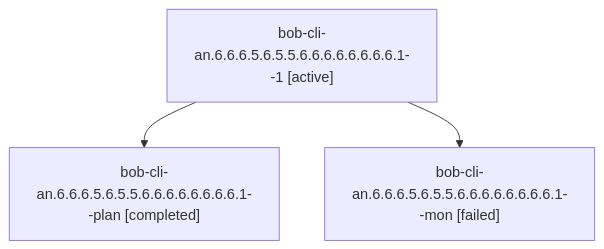
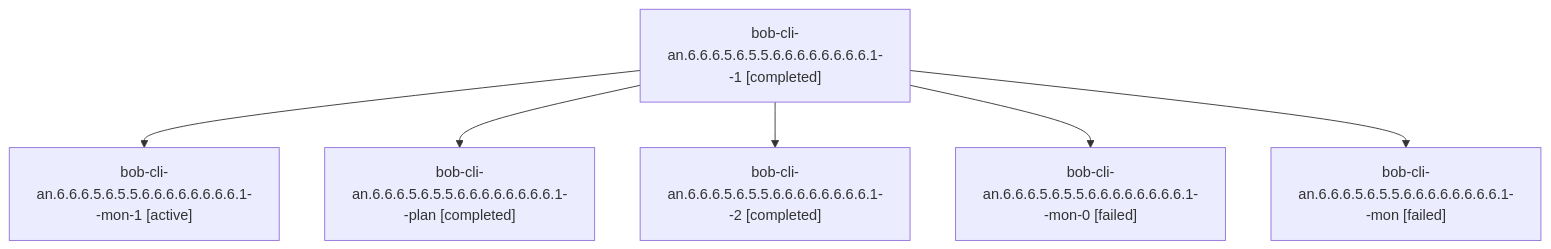
Before and after one commit to bobs-org/bob-cli--agents: the diagram in sessions/bbugyi200.athena.bob-cli-an.6.6.6.5.6.5.5.6.6.6.6.6.6.6.6.1.md, drawn with Mermaid. The commit also changed other lines of this file and 242 other files, not shown here.

````diff
--- a/sessions/bbugyi200.athena.bob-cli-an.6.6.6.5.6.5.5.6.6.6.6.6.6.6.6.1.md
+++ b/sessions/bbugyi200.athena.bob-cli-an.6.6.6.5.6.5.5.6.6.6.6.6.6.6.6.1.md
@@ -9,8 +9,14 @@
 ```mermaid
 flowchart TD
-  n0["bob-cli-an.6.6.6.5.6.5.5.6.6.6.6.6.6.6.6.1--1 [active]"]
-  n1["bob-cli-an.6.6.6.5.6.5.5.6.6.6.6.6.6.6.6.1--plan [completed]"]
+  n0["bob-cli-an.6.6.6.5.6.5.5.6.6.6.6.6.6.6.6.1--1 [completed]"]
+  n1["bob-cli-an.6.6.6.5.6.5.5.6.6.6.6.6.6.6.6.1--mon-1 [active]"]
   n0 --> n1
-  n2["bob-cli-an.6.6.6.5.6.5.5.6.6.6.6.6.6.6.6.1--mon [failed]"]
+  n2["bob-cli-an.6.6.6.5.6.5.5.6.6.6.6.6.6.6.6.1--plan [completed]"]
   n0 --> n2
+  n3["bob-cli-an.6.6.6.5.6.5.5.6.6.6.6.6.6.6.6.1--2 [completed]"]
+  n0 --> n3
+  n4["bob-cli-an.6.6.6.5.6.5.5.6.6.6.6.6.6.6.6.1--mon-0 [failed]"]
+  n0 --> n4
+  n5["bob-cli-an.6.6.6.5.6.5.5.6.6.6.6.6.6.6.6.1--mon [failed]"]
+  n0 --> n5
 ```
````
